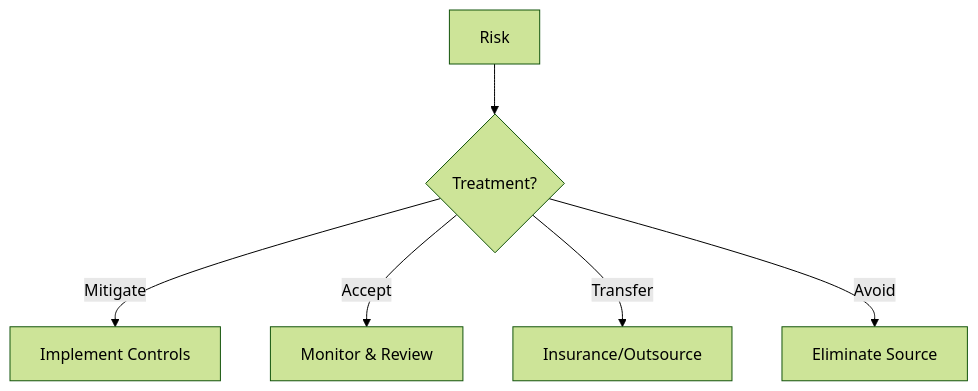
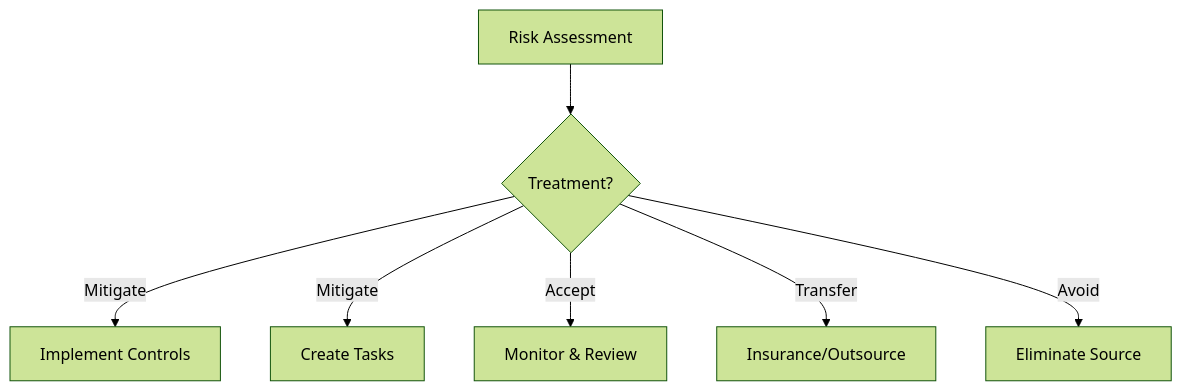
One commit to tekve/gover-docs changed the diagram in docs/user-guide/risks/risk-treatment.md. Above: the diagram before and after it, drawn with Mermaid (forest theme). The commit also changed 40 other files, not shown here.

````diff
--- a/docs/user-guide/risks/risk-treatment.md
+++ b/docs/user-guide/risks/risk-treatment.md
@@ -11,8 +11,9 @@
 ```mermaid
 flowchart TD
-    R[Risk] --> A{Treatment?}
+    RA[Risk Assessment] --> A{Treatment?}
     A -->|Mitigate| M[Implement Controls]
+    A -->|Mitigate| CT[Create Tasks]
     A -->|Accept| AC[Monitor & Review]
-    A -->|Transfer| T[Insurance/Outsource]
+    A -->|Transfer| TR[Insurance/Outsource]
     A -->|Avoid| AV[Eliminate Source]
 ```
````
